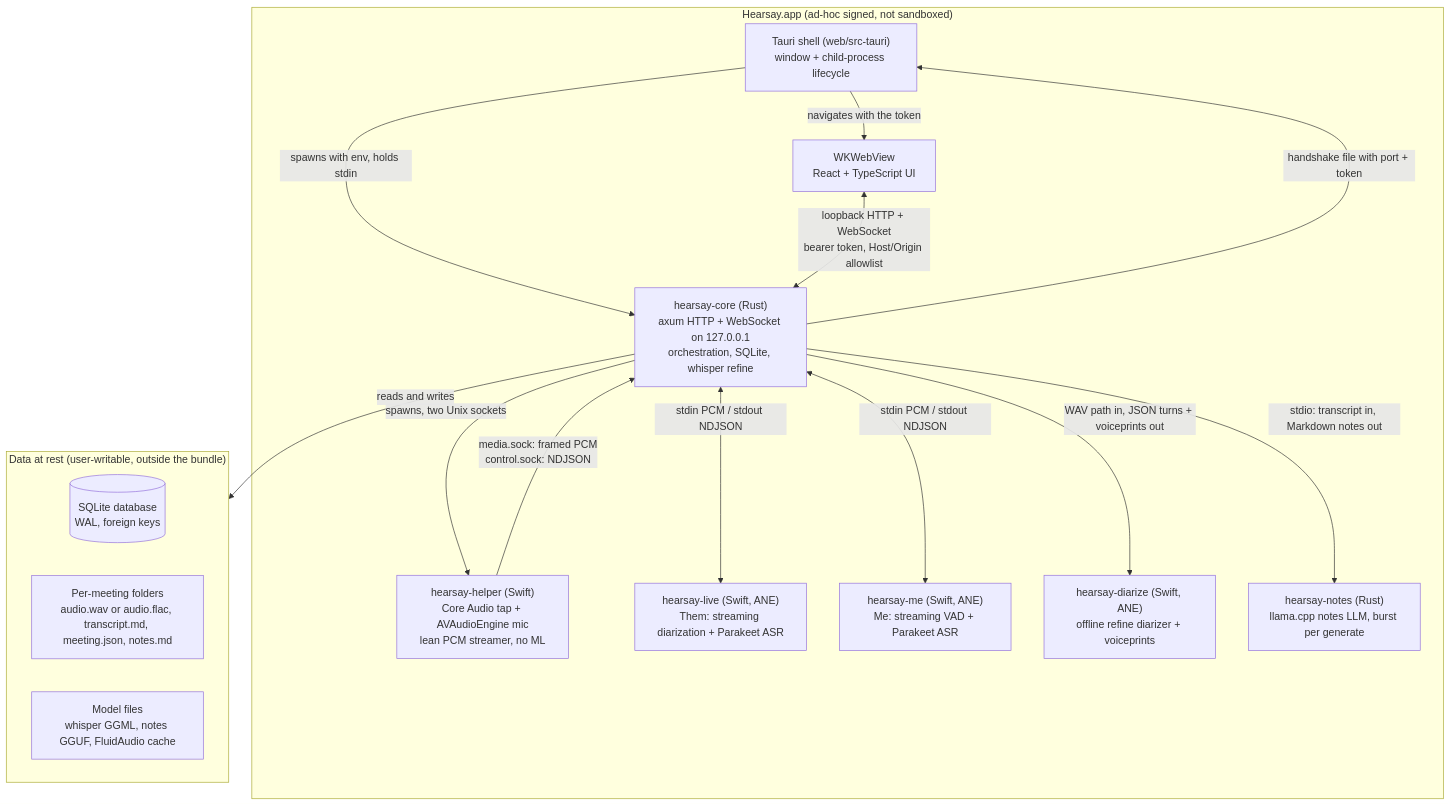
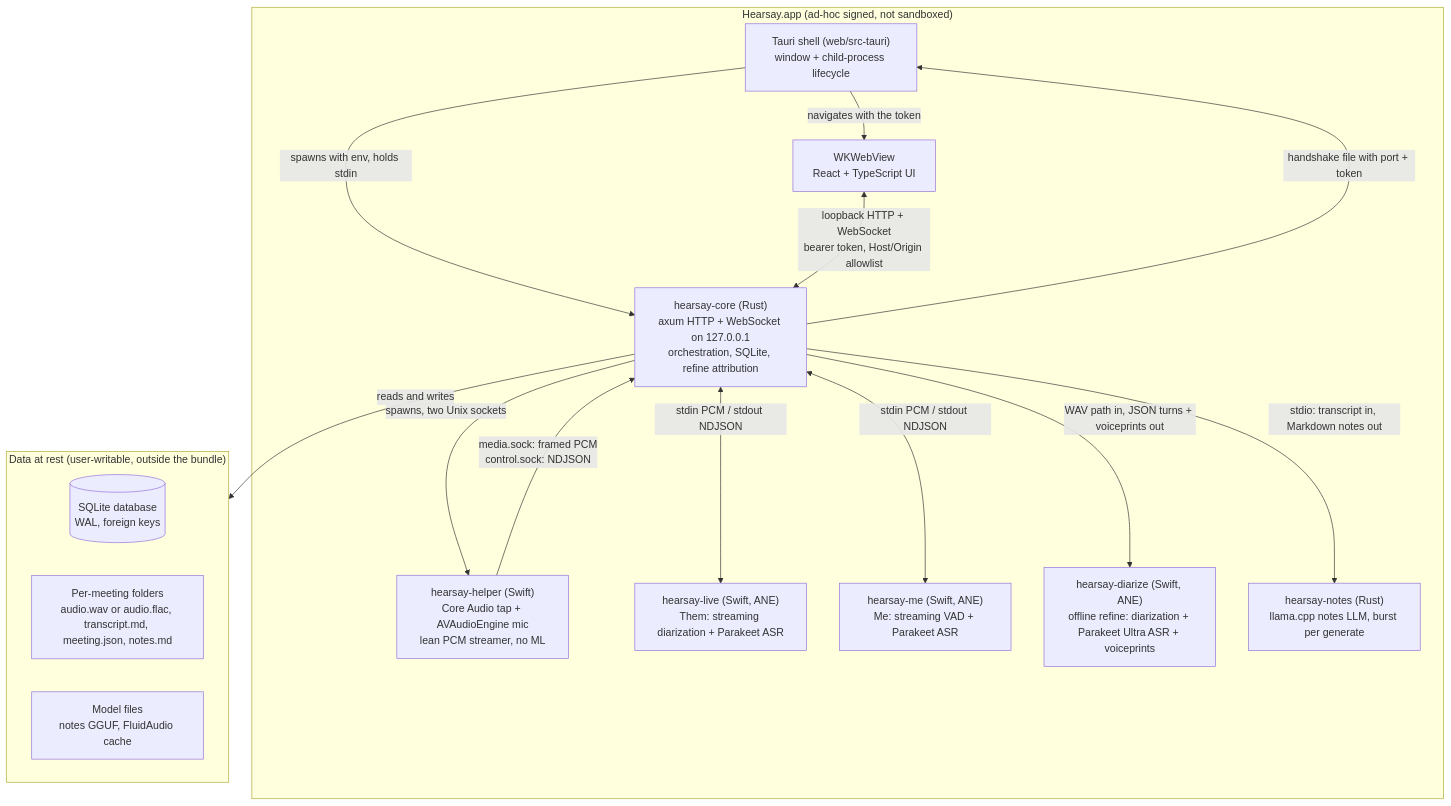
One commit to rwiseman87/hearsay changed the first of 7 diagrams in docs/architecture.md. Above: the diagram before and after it, drawn with Mermaid. The commit also changed other lines of this file and 78 other files, not shown here.

First line of the commit message:
Replace the whisper refine with Parakeet Ultra

````diff
--- a/docs/architecture.md
+++ b/docs/architecture.md
@@ -36,30 +36,30 @@
 ```mermaid
 flowchart TB
     subgraph bundle["Hearsay.app (ad-hoc signed, not sandboxed)"]
         shell["Tauri shell (web/src-tauri)<br/>window + child-process lifecycle"]
         webview["WKWebView<br/>React + TypeScript UI"]
-        core["hearsay-core (Rust)<br/>axum HTTP + WebSocket on 127.0.0.1<br/>orchestration, SQLite, whisper refine"]
+        core["hearsay-core (Rust)<br/>axum HTTP + WebSocket on 127.0.0.1<br/>orchestration, SQLite, refine attribution"]
         helper["hearsay-helper (Swift)<br/>Core Audio tap + AVAudioEngine mic<br/>lean PCM streamer, no ML"]
         live["hearsay-live (Swift, ANE)<br/>Them: streaming diarization + Parakeet ASR"]
         me["hearsay-me (Swift, ANE)<br/>Me: streaming VAD + Parakeet ASR"]
-        diarize["hearsay-diarize (Swift, ANE)<br/>offline refine diarizer + voiceprints"]
+        diarize["hearsay-diarize (Swift, ANE)<br/>offline refine: diarization + Parakeet Ultra ASR + voiceprints"]
         notes["hearsay-notes (Rust)<br/>llama.cpp notes LLM, burst per generate"]
     end
     subgraph disk["Data at rest (user-writable, outside the bundle)"]
         db[("SQLite database<br/>WAL, foreign keys")]
         meetings["Per-meeting folders<br/>audio.wav or audio.flac, transcript.md, meeting.json, notes.md"]
-        models["Model files<br/>whisper GGML, notes GGUF, FluidAudio cache"]
+        models["Model files<br/>notes GGUF, FluidAudio cache"]
     end
 
     shell -->|"navigates with the token"| webview
     shell -->|"spawns with env, holds stdin"| core
     core -->|"handshake file with port + token"| shell
     webview <-->|"loopback HTTP + WebSocket<br/>bearer token, Host/Origin allowlist"| core
     core -->|"spawns, two Unix sockets"| helper
     helper -->|"media.sock: framed PCM<br/>control.sock: NDJSON"| core
     core <-->|"stdin PCM / stdout NDJSON"| live
     core <-->|"stdin PCM / stdout NDJSON"| me
     core -->|"WAV path in, JSON turns + voiceprints out"| diarize
     core -->|"stdio: transcript in, Markdown notes out"| notes
     core -->|"reads and writes"| disk
 ```
````
